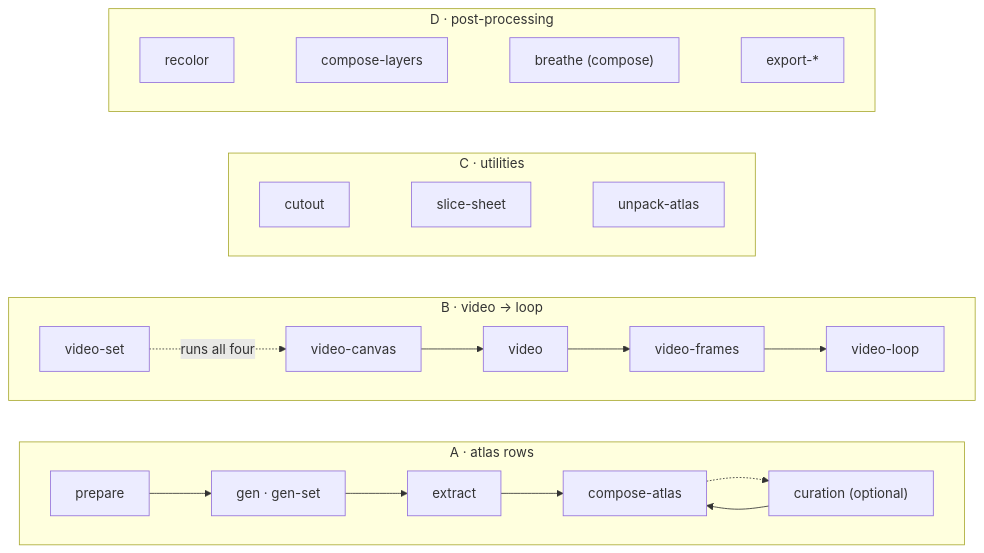
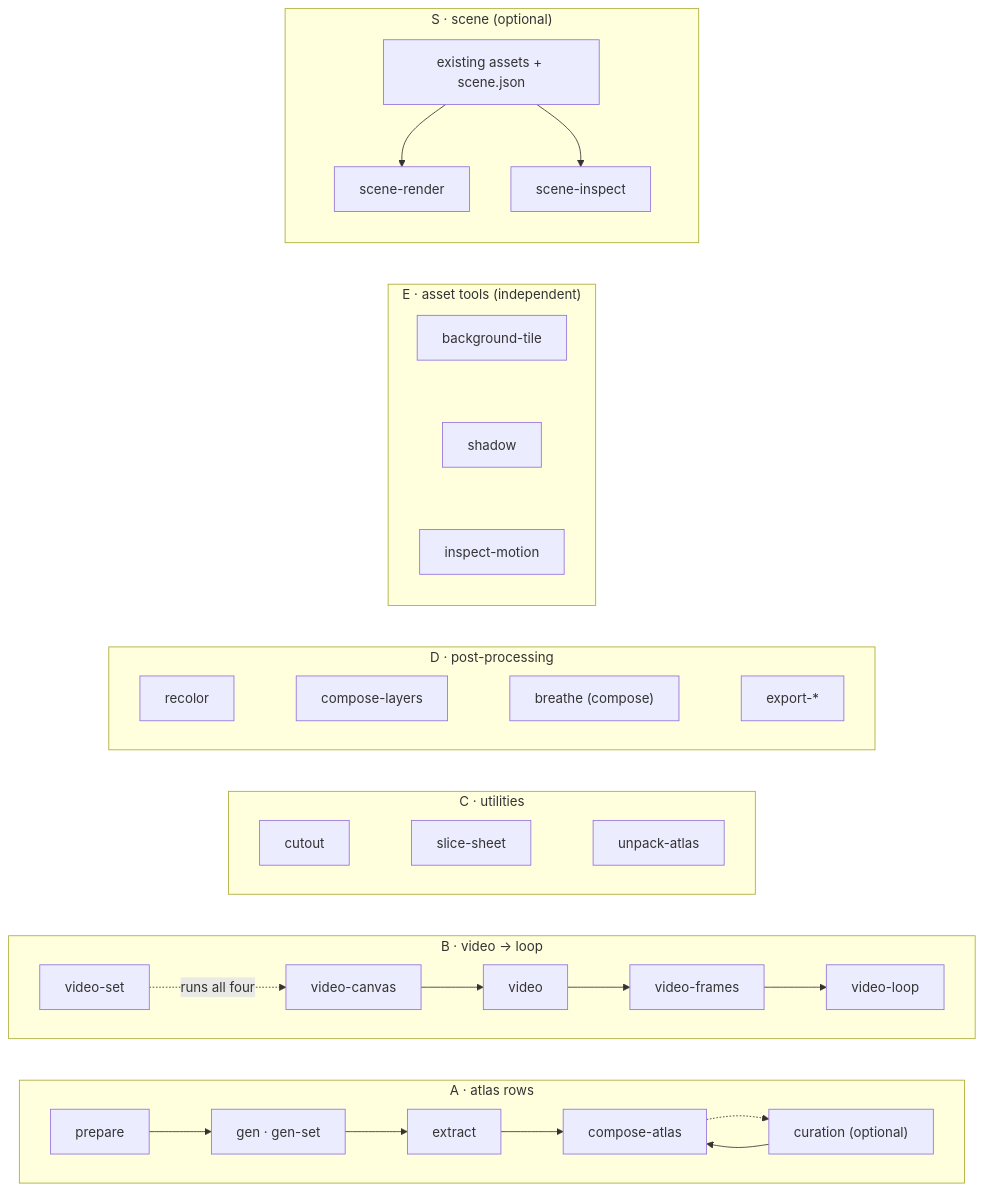
The diagram in mirrors/repos/aldegad@sprite-gen/docs/README.md (gabrielmoreira/agent-skills-mirror), drawn with Mermaid before and after one commit. The commit also changed other lines of this file and 5722 other files, not shown here.

````diff
--- a/mirrors/repos/aldegad@sprite-gen/docs/README.md
+++ b/mirrors/repos/aldegad@sprite-gen/docs/README.md
@@ -7,22 +7,29 @@
 ```mermaid
 flowchart LR
     subgraph A["A · atlas rows"]
         direction LR
         a1[prepare] --> a2["gen · gen-set"] --> a3[extract] --> a5[compose-atlas]
         a5 -.-> a4["curation (optional)"]
         a4 --> a5
     end
     subgraph B["B · video → loop"]
         direction LR
         b1[video-canvas] --> b2[video] --> b3[video-frames] --> b4[video-loop]
         b5[video-set] -.runs all four.-> b1
     end
     subgraph C["C · utilities"]
         direction LR
         c1[cutout] ~~~ c2[slice-sheet] ~~~ c3[unpack-atlas]
     end
     subgraph D["D · post-processing"]
         direction LR
         d1[recolor] ~~~ d2[compose-layers] ~~~ d3["breathe (compose)"] ~~~ d4[export-*]
     end
+    subgraph E["E · asset tools (independent)"]
+        e1[background-tile] ~~~ e2[shadow] ~~~ e3[inspect-motion]
+    end
+    subgraph S["S · scene (optional)"]
+        s1["existing assets + scene.json"] --> s2[scene-render]
+        s1 --> s3[scene-inspect]
+    end
 ```
````
